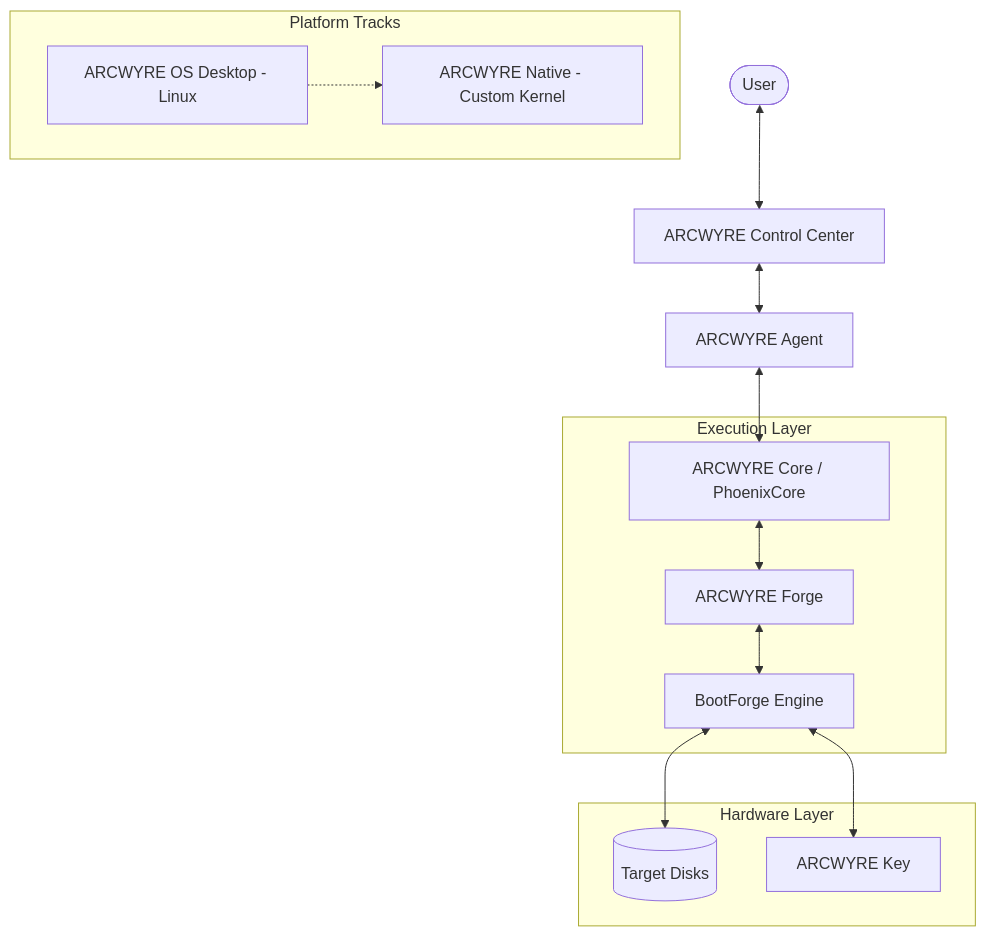
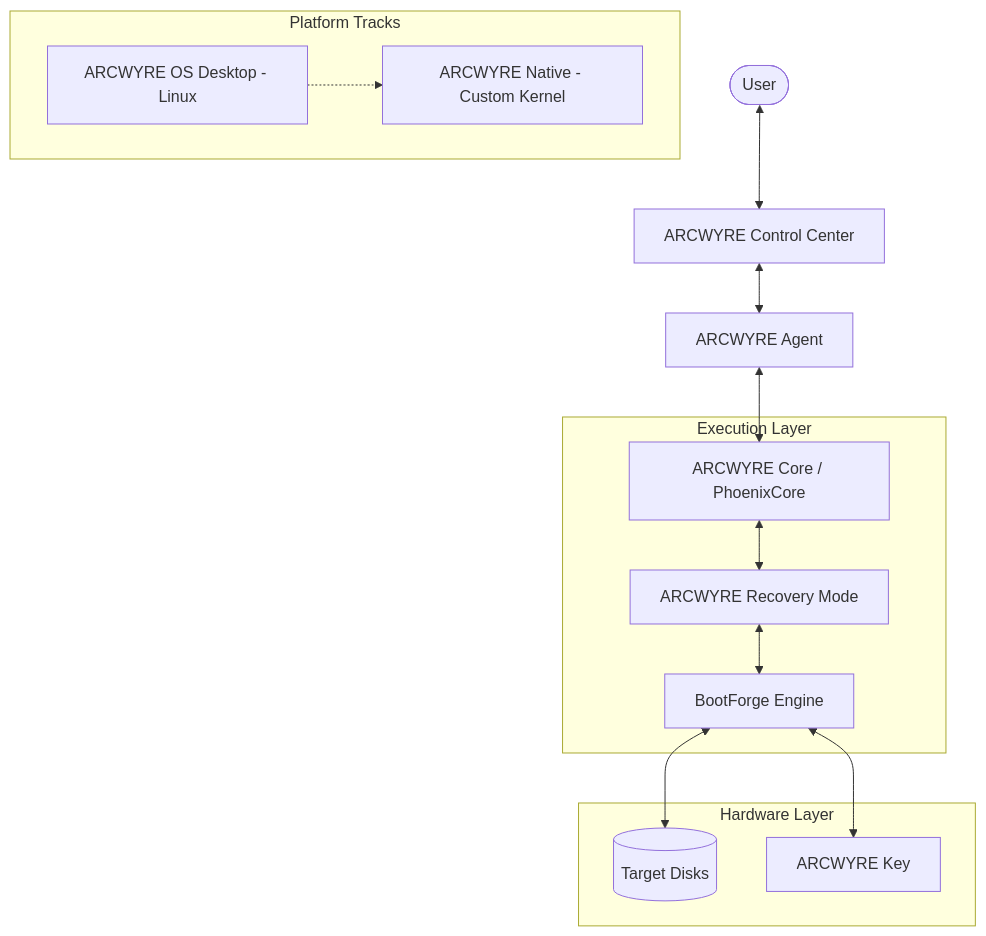
The diagram in docs/ARCWYRE_PLATFORM_ARCHITECTURE.md (Bboy9090/PhoenixCore-), drawn with Mermaid before and after one commit. The commit also changed other lines of this file and 828 other files, not shown here.

````diff
--- a/docs/ARCWYRE_PLATFORM_ARCHITECTURE.md
+++ b/docs/ARCWYRE_PLATFORM_ARCHITECTURE.md
@@ -18,23 +18,23 @@
 ```mermaid
 graph TD
     User([User]) <--> CC[ARCWYRE Control Center]
     CC <--> Agent[ARCWYRE Agent]
     Agent <--> Core[ARCWYRE Core / PhoenixCore]
     
     subgraph "Execution Layer"
-        Core <--> Forge[ARCWYRE Forge]
-        Forge <--> BF[BootForge Engine]
+    Core <--> Recovery[ARCWYRE Recovery Mode]
+    Recovery <--> BF[BootForge Engine]
     end
     
     subgraph "Hardware Layer"
         BF <--> TargetDisks[(Target Disks)]
         BF <--> Key[ARCWYRE Key]
     end
     
     subgraph "Platform Tracks"
         Desktop[ARCWYRE OS Desktop - Linux]
         Native[ARCWYRE Native - Custom Kernel]
     end
     
     Desktop -.-> Native
 ```
````
